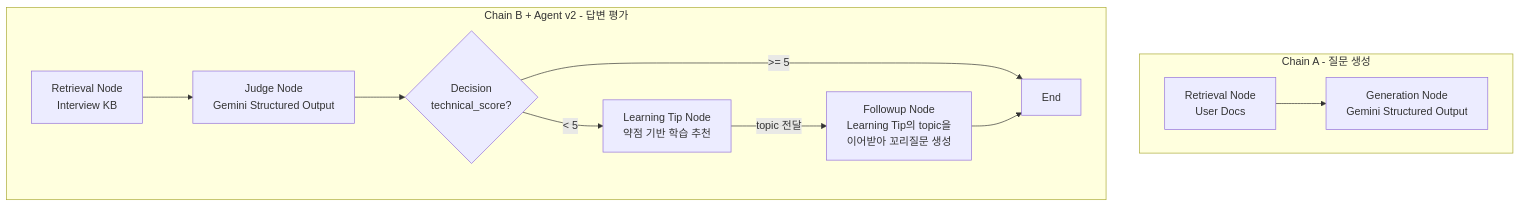
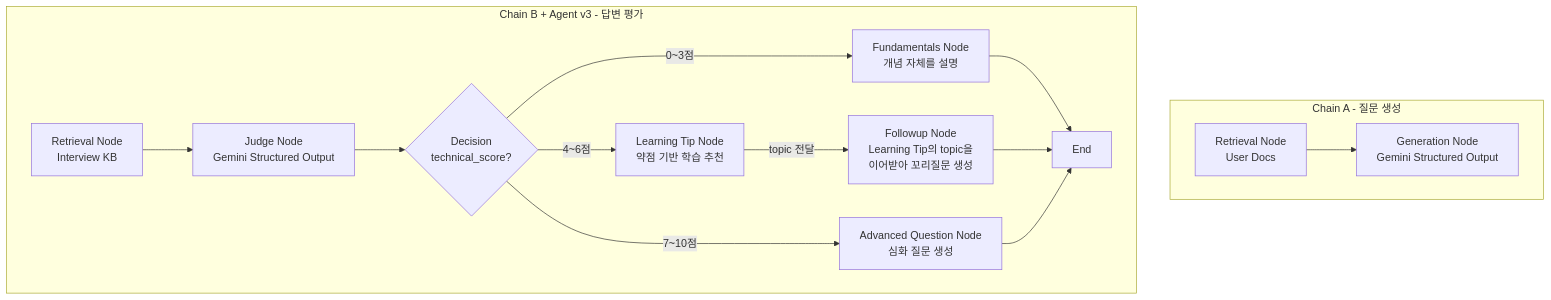
The diagram in README.md (jiyoung720/ai-interview-coach), drawn with Mermaid before and after one commit. The commit also changed other lines of this file and 1 other file, not shown here.

First line of the commit message:
docs: Agent v3 다중 분기를 README/명세서에 반영

````diff
--- a/README.md
+++ b/README.md
@@ -59,14 +64,17 @@
 ```mermaid
 flowchart TB
     subgraph ChainA["Chain A - 질문 생성"]
         A1[Retrieval Node<br/>User Docs] --> A2[Generation Node<br/>Gemini Structured Output]
     end
-    subgraph ChainB["Chain B + Agent v2 - 답변 평가"]
+    subgraph ChainB["Chain B + Agent v3 - 답변 평가"]
         B1[Retrieval Node<br/>Interview KB] --> B2[Judge Node<br/>Gemini Structured Output]
         B2 --> BD{Decision<br/>technical_score?}
-        BD -->|"< 5"| B3[Learning Tip Node<br/>약점 기반 학습 추천]
+        BD -->|"0~3점"| B6[Fundamentals Node<br/>개념 자체를 설명]
+        BD -->|"4~6점"| B3[Learning Tip Node<br/>약점 기반 학습 추천]
         B3 -->|"topic 전달"| B5[Followup Node<br/>Learning Tip의 topic을<br/>이어받아 꼬리질문 생성]
-        BD -->|">= 5"| B4[End]
+        BD -->|"7~10점"| B7[Advanced Question Node<br/>심화 질문 생성]
+        B6 --> B4[End]
         B5 --> B4
+        B7 --> B4
     end
 ```
````
